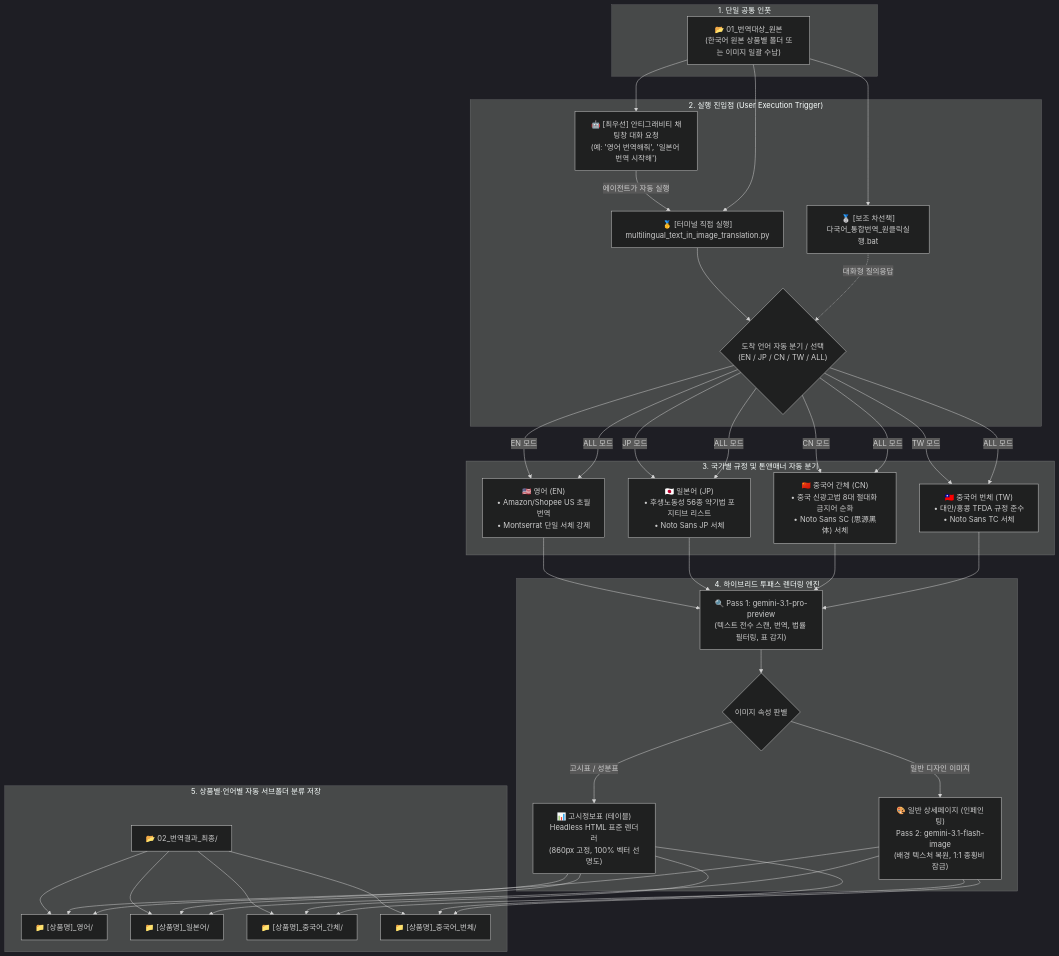
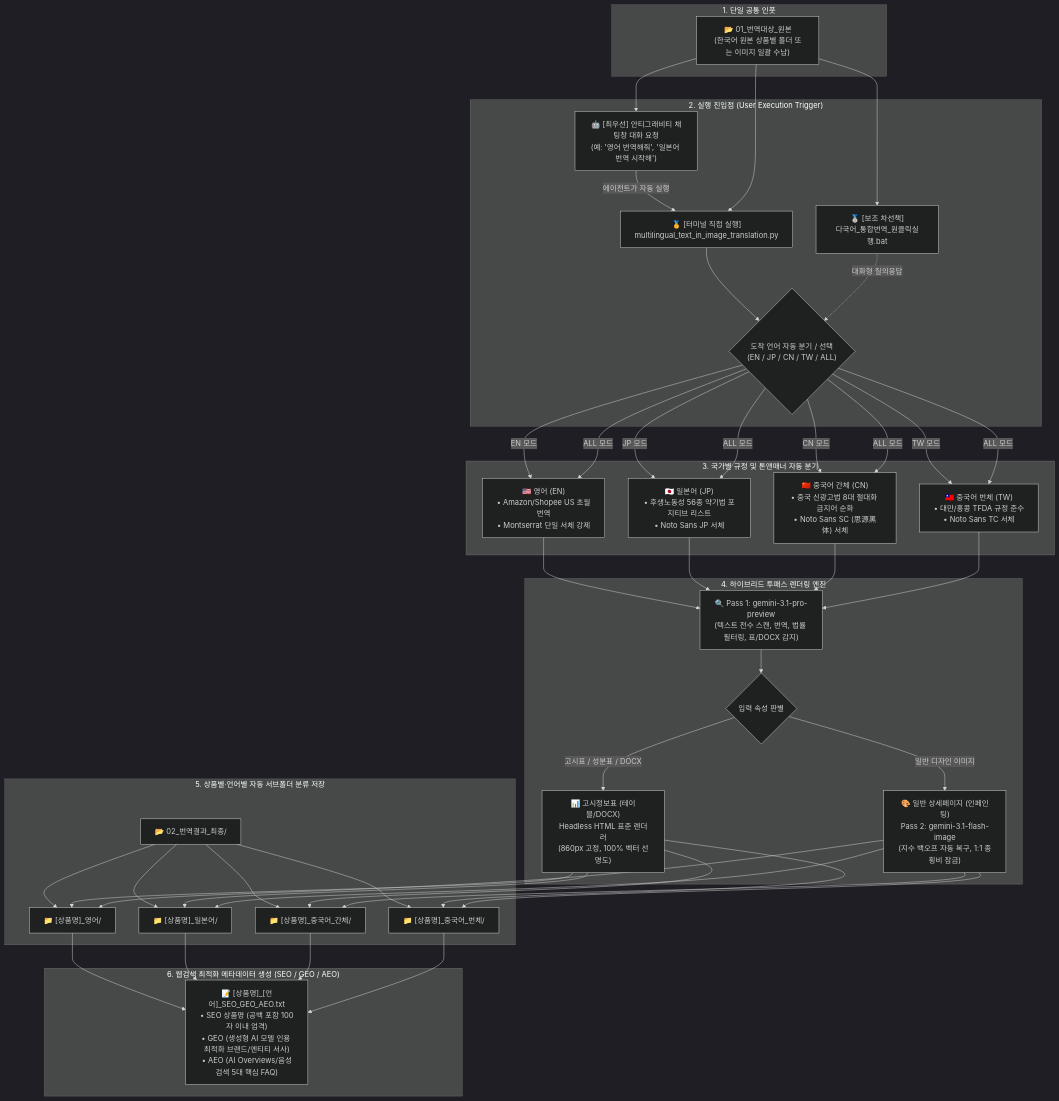
The diagram in README.md (euntaewoo/PANDORA), drawn with Mermaid (dark theme) before and after one commit. The commit also changed 7 other files, not shown here.

````diff
--- a/README.md
+++ b/README.md
@@ -17,55 +17,60 @@
 ```mermaid
 flowchart TD
     subgraph S1["1. 단일 공통 인풋"]
         IN["📂 01_번역대상_원본<br/>(한국어 원본 상품별 폴더 또는 이미지 일괄 수납)"]
     end
 
     subgraph S2["2. 실행 진입점 (User Execution Trigger)"]
         AGENT["🤖 [최우선] 안티그래비티 채팅창 대화 요청<br/>(예: '영어 번역해줘', '일본어 번역 시작해')"]
         P_MAIN["🥇 [터미널 직접 실행]<br/>multilingual_text_in_image_translation.py"]
         BAT_SUB["🥈 [보조 차선책]<br/>다국어_통합번역_원클릭실행.bat"]
         
         AGENT -->|에이전트가 자동 실행| P_MAIN
         P_MAIN --> PROMPT{"도착 언어 자동 분기 / 선택<br/>(EN / JP / CN / TW / ALL)"}
         BAT_SUB -.->|대화형 질의응답| PROMPT
     end
 
     subgraph S3["3. 국가별 규정 및 톤앤매너 자동 분기"]
         EN["🇺🇸 영어 (EN)<br/>• Amazon/Shopee US 초월번역<br/>• Montserrat 단일 서체 강제"]
         JP["🇯🇵 일본어 (JP)<br/>• 후생노동성 56종 약기법 포지티브 리스트<br/>• Noto Sans JP 서체"]
         CN["🇨🇳 중국어 간체 (CN)<br/>• 중국 신광고법 8대 절대화 금지어 순화<br/>• Noto Sans SC (思源黑体) 서체"]
         TW["🇹🇼 중국어 번체 (TW)<br/>• 대만/홍콩 TFDA 규정 준수<br/>• Noto Sans TC 서체"]
     end
 
     subgraph S4["4. 하이브리드 투패스 렌더링 엔진"]
-        P1["🔍 Pass 1: gemini-3.1-pro-preview<br/>(텍스트 전수 스캔, 번역, 법률 필터링, 표 감지)"]
-        DECIDE{"이미지 속성 판별"}
+        P1["🔍 Pass 1: gemini-3.1-pro-preview<br/>(텍스트 전수 스캔, 번역, 법률 필터링, 표/DOCX 감지)"]
+        DECIDE{"입력 속성 판별"}
         
-        HTML["📊 고시정보표 (테이블)<br/>Headless HTML 표준 렌더러<br/>(860px 고정, 100% 벡터 선명도)"]
-        P2["🎨 일반 상세페이지 (인페인팅)<br/>Pass 2: gemini-3.1-flash-image<br/>(배경 텍스처 복원, 1:1 종횡비 잠금)"]
+        HTML["📊 고시정보표 (테이블/DOCX)<br/>Headless HTML 표준 렌더러<br/>(860px 고정, 100% 벡터 선명도)"]
+        P2["🎨 일반 상세페이지 (인페인팅)<br/>Pass 2: gemini-3.1-flash-image<br/>(지수 백오프 자동 복구, 1:1 종횡비 잠금)"]
         
         P1 --> DECIDE
-        DECIDE -->|고시표 / 성분표| HTML
+        DECIDE -->|고시표 / 성분표 / DOCX| HTML
         DECIDE -->|일반 디자인 이미지| P2
     end
 
     subgraph S5["5. 상품별·언어별 자동 서브폴더 분류 저장"]
         OUT["📂 02_번역결과_최종/"]
         OUT1["📁 [상품명]_영어/"]
         OUT2["📁 [상품명]_일본어/"]
         OUT3["📁 [상품명]_중국어_간체/"]
         OUT4["📁 [상품명]_중국어_번체/"]
         
         OUT --> OUT1 & OUT2 & OUT3 & OUT4
     end
 
+    subgraph S6["6. 웹검색 최적화 메타데이터 생성 (SEO / GEO / AEO)"]
+        TXT["📝 [상품명]_[언어]_SEO_GEO_AEO.txt<br/>• SEO 상품명 (공백 포함 100자 이내 엄격)<br/>• GEO (생성형 AI 모델 인용 최적화 브랜드/엔티티 서사)<br/>• AEO (AI Overviews/음성검색 5대 핵심 FAQ)"]
+        OUT1 & OUT2 & OUT3 & OUT4 --> TXT
+    end
+
     IN --> AGENT & P_MAIN & BAT_SUB
     PROMPT -->|EN 모드| EN
     PROMPT -->|JP 모드| JP
     PROMPT -->|CN 모드| CN
     PROMPT -->|TW 모드| TW
     PROMPT -->|ALL 모드| EN & JP & CN & TW
 
     EN & JP & CN & TW --> P1
     HTML & P2 --> OUT1 & OUT2 & OUT3 & OUT4
 ```
````
